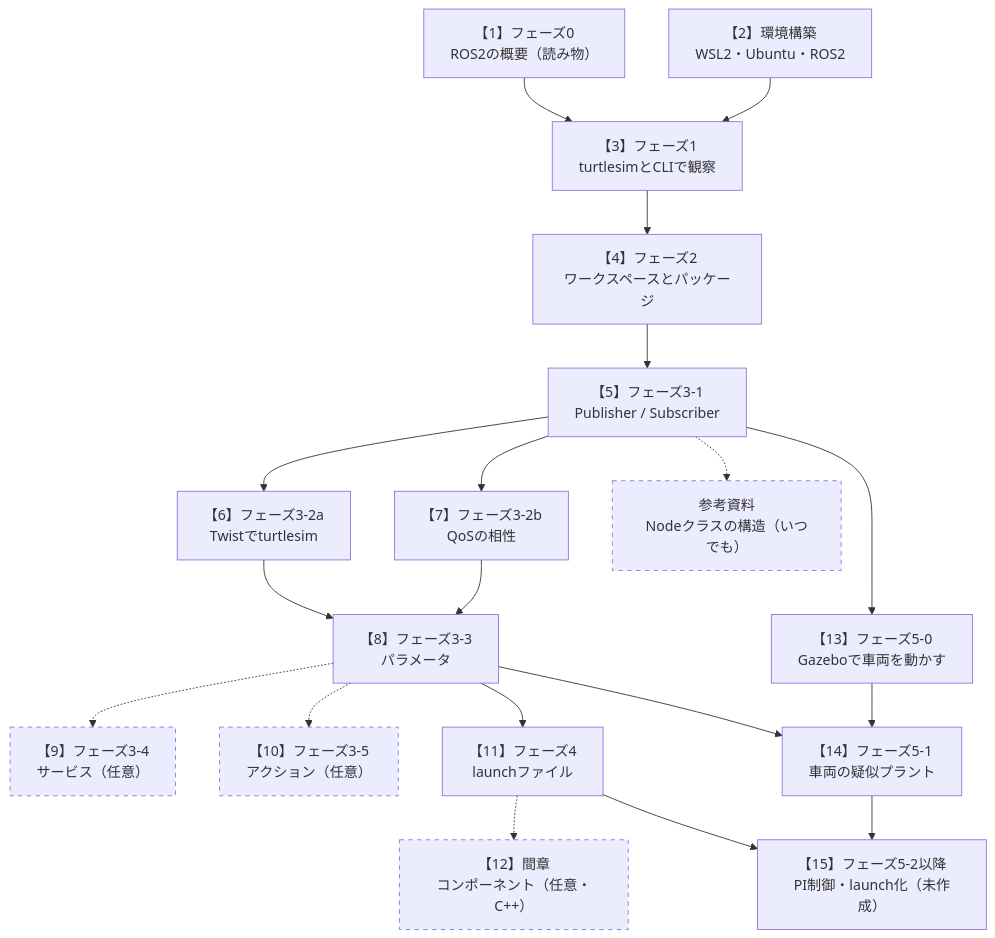
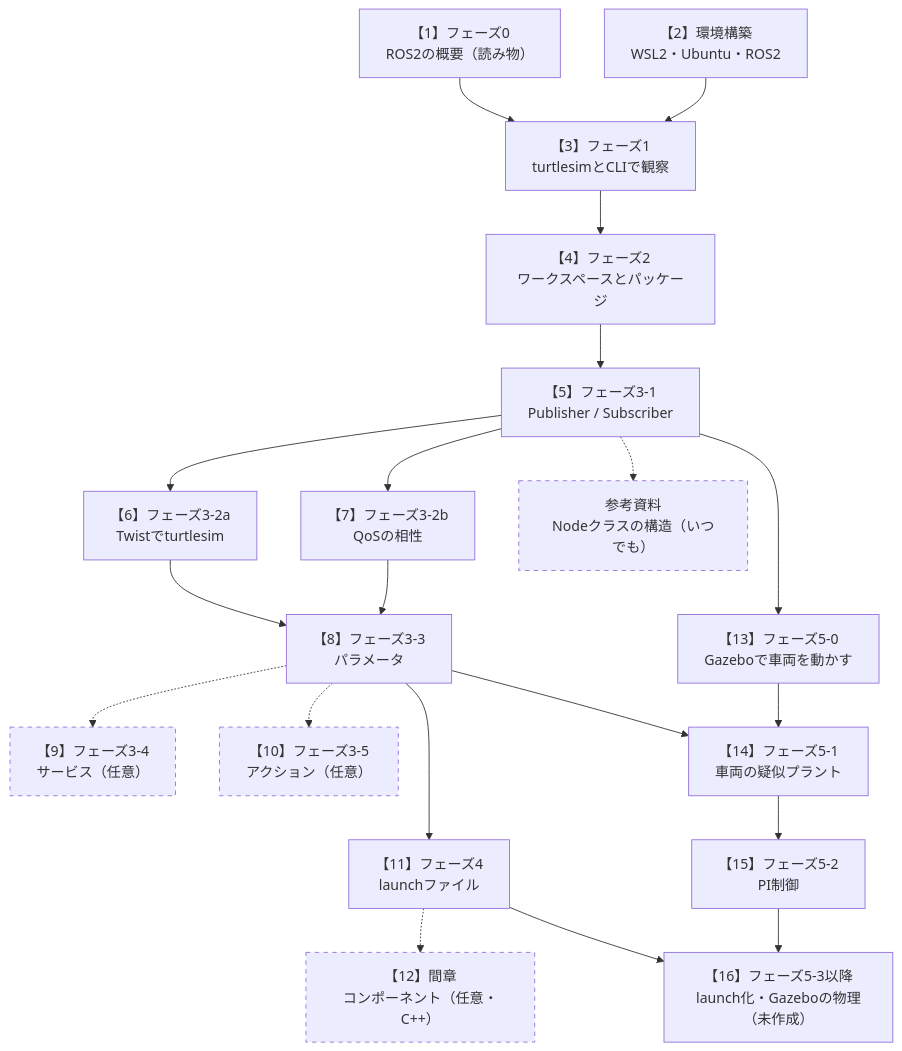
One commit to SanghunIm1991/ros2MinimalPhysicalAi changed the diagram in README.md. Above: the diagram before and after it, drawn with Mermaid. The commit also changed other lines of this file and 6 other files, not shown here.

Commit message:
[claude] フェーズ5-2の手順書（PI制御と閉ループのシミュレーション）と図を追加し、README・学習計画・5-1・3-3の案内を更新

````diff
--- a/README.md
+++ b/README.md
@@ -89,24 +89,25 @@
 ```mermaid
 flowchart TB
     P0["【1】フェーズ0<br/>ROS2の概要（読み物）"] --> P1
     SETUP["【2】環境構築<br/>WSL2・Ubuntu・ROS2"] --> P1
     P1["【3】フェーズ1<br/>turtlesimとCLIで観察"] --> P2["【4】フェーズ2<br/>ワークスペースとパッケージ"]
     P2 --> P31["【5】フェーズ3-1<br/>Publisher / Subscriber"]
     P31 --> P32a["【6】フェーズ3-2a<br/>Twistでturtlesim"]
     P31 --> P32b["【7】フェーズ3-2b<br/>QoSの相性"]
     P32a --> P33["【8】フェーズ3-3<br/>パラメータ"]
     P32b --> P33
     P33 -.-> P34["【9】フェーズ3-4<br/>サービス（任意）"]
     P33 -.-> P35["【10】フェーズ3-5<br/>アクション（任意）"]
     P33 --> P4["【11】フェーズ4<br/>launchファイル"]
     P4 -.-> INT["【12】間章<br/>コンポーネント（任意・C++）"]
     P31 --> P50["【13】フェーズ5-0<br/>Gazeboで車両を動かす"]
     P33 --> P51["【14】フェーズ5-1<br/>車両の疑似プラント"]
     P50 --> P51
-    P4 --> P52["【15】フェーズ5-2以降<br/>PI制御・launch化（未作成）"]
-    P51 --> P52
+    P51 --> P52["【15】フェーズ5-2<br/>PI制御"]
+    P4 --> P53["【16】フェーズ5-3以降<br/>launch化・Gazeboの物理（未作成）"]
+    P52 --> P53
     P31 -.-> REF["参考資料<br/>Nodeクラスの構造（いつでも）"]
 
     classDef optional stroke-dasharray: 5 5
     class P34,P35,INT,REF optional
 ```
````
